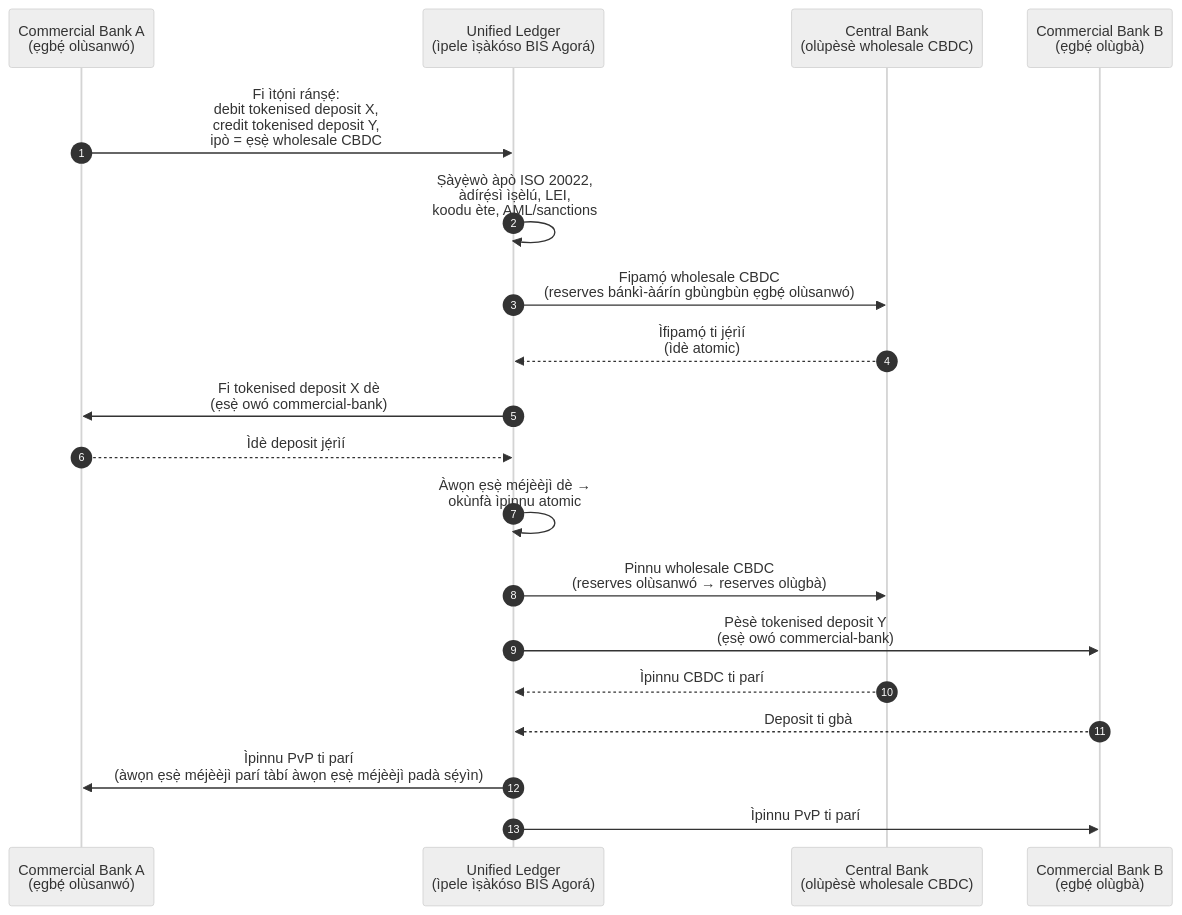
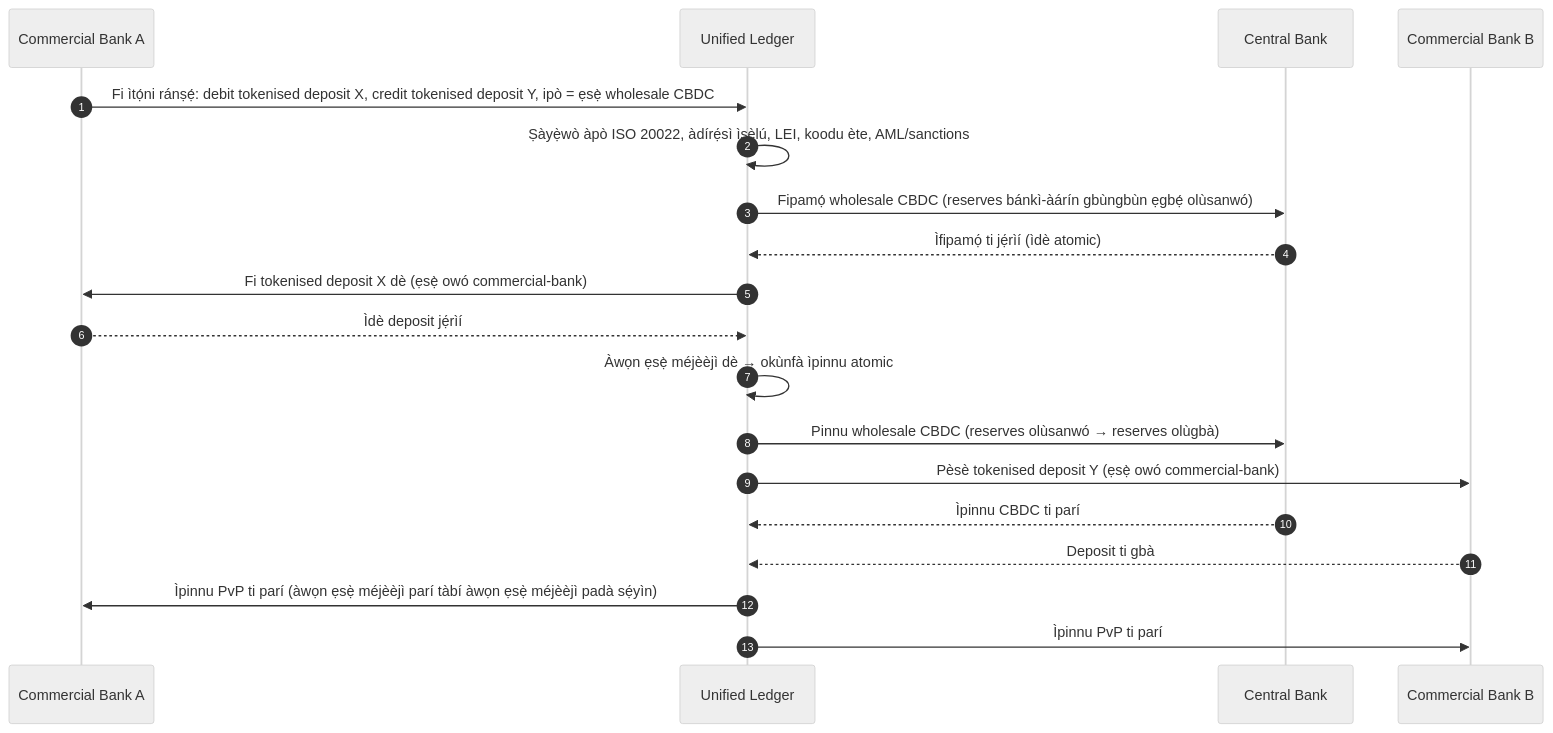
The diagram in _posts/yo/2026-06-06-wholesale-payments-index-iso20022-tokenised-deposits-cross-border-2026.md (sebastienrousseau/sebastienrousseau.github.io), drawn with Mermaid (neutral theme) before and after one commit. The commit also changed 2231 other files, not shown here.

First line of the commit message:
fix(mermaid): unblock Mermaid v10 rendering end-to-end (#198)

````diff
--- a/_posts/yo/2026-06-06-wholesale-payments-index-iso20022-tokenised-deposits-cross-border-2026.md
+++ b/_posts/yo/2026-06-06-wholesale-payments-index-iso20022-tokenised-deposits-cross-border-2026.md
@@ -170,22 +170,21 @@
 ```mermaid
 sequenceDiagram
     autonumber
-    participant CB_A as Commercial Bank A<br/>(ẹgbẹ́ olùsanwó)
-    participant UL as Unified Ledger<br/>(ìpele ìṣàkóso BIS Agorá)
-    participant CBNK as Central Bank<br/>(olùpèsè wholesale CBDC)
-    participant CB_B as Commercial Bank B<br/>(ẹgbẹ́ olùgbà)
-
-    CB_A->>UL: Fi ìtọ́ni ránṣẹ́:<br/>debit tokenised deposit X,<br/>credit tokenised deposit Y,<br/>ipò = ẹsẹ̀ wholesale CBDC
-    UL->>UL: Ṣàyẹ̀wò àpò ISO 20022,<br/>àdírẹ́sì ìṣèlú, LEI,<br/>koodu ète, AML/sanctions
-    UL->>CBNK: Fipamọ́ wholesale CBDC<br/>(reserves bánkì-àárín gbùngbùn ẹgbẹ́ olùsanwó)
-    CBNK-->>UL: Ìfipamọ́ ti jẹ́rìí<br/>(ìdè atomic)
-    UL->>CB_A: Fi tokenised deposit X dè<br/>(ẹsẹ̀ owó commercial-bank)
+    participant CB_A as Commercial Bank A
+    participant UL as Unified Ledger
+    participant CBNK as Central Bank
+    participant CB_B as Commercial Bank B
+    CB_A->>UL: Fi ìtọ́ni ránṣẹ́: debit tokenised deposit X, credit tokenised deposit Y, ipò = ẹsẹ̀ wholesale CBDC
+    UL->>UL: Ṣàyẹ̀wò àpò ISO 20022, àdírẹ́sì ìṣèlú, LEI, koodu ète, AML/sanctions
+    UL->>CBNK: Fipamọ́ wholesale CBDC (reserves bánkì-àárín gbùngbùn ẹgbẹ́ olùsanwó)
+    CBNK-->>UL: Ìfipamọ́ ti jẹ́rìí (ìdè atomic)
+    UL->>CB_A: Fi tokenised deposit X dè (ẹsẹ̀ owó commercial-bank)
     CB_A-->>UL: Ìdè deposit jẹ́rìí
-    UL->>UL: Àwọn ẹsẹ̀ méjèèjì dè →<br/>okùnfà ìpinnu atomic
-    UL->>CBNK: Pinnu wholesale CBDC<br/>(reserves olùsanwó → reserves olùgbà)
-    UL->>CB_B: Pèsè tokenised deposit Y<br/>(ẹsẹ̀ owó commercial-bank)
+    UL->>UL: Àwọn ẹsẹ̀ méjèèjì dè → okùnfà ìpinnu atomic
+    UL->>CBNK: Pinnu wholesale CBDC (reserves olùsanwó → reserves olùgbà)
+    UL->>CB_B: Pèsè tokenised deposit Y (ẹsẹ̀ owó commercial-bank)
     CBNK-->>UL: Ìpinnu CBDC ti parí
     CB_B-->>UL: Deposit ti gbà
-    UL->>CB_A: Ìpinnu PvP ti parí<br/>(àwọn ẹsẹ̀ méjèèjì parí tàbí àwọn ẹsẹ̀ méjèèjì padà sẹ́yìn)
+    UL->>CB_A: Ìpinnu PvP ti parí (àwọn ẹsẹ̀ méjèèjì parí tàbí àwọn ẹsẹ̀ méjèèjì padà sẹ́yìn)
     UL->>CB_B: Ìpinnu PvP ti parí
 ```
````
